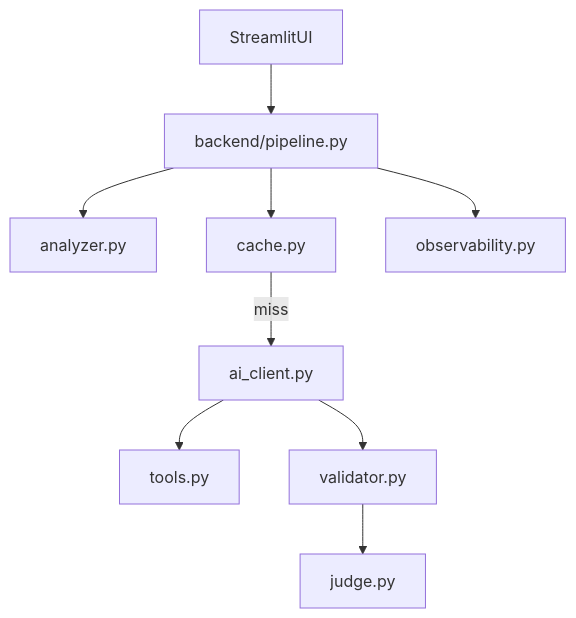
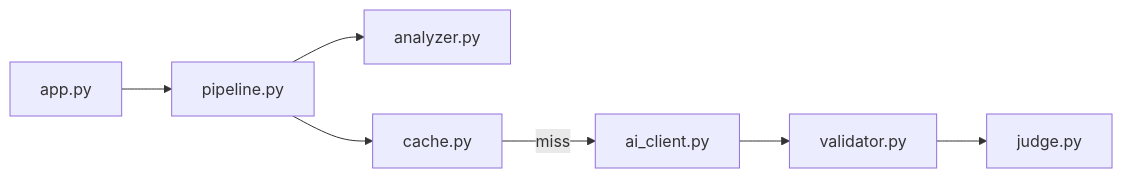
One commit to MuskanKumari2023/smart-log-healer changed the diagram in README.md. Above: the diagram before and after it, drawn with Mermaid. The commit also changed other lines of this file, not shown here.

````diff
--- a/README.md
+++ b/README.md
@@ -37,11 +18,9 @@
 ```mermaid
-flowchart TB
-    UI[StreamlitUI] --> Pipeline[backend/pipeline.py]
+flowchart LR
+    UI[app.py] --> Pipeline[pipeline.py]
     Pipeline --> Analyzer[analyzer.py]
     Pipeline --> Cache[cache.py]
     Cache -->|miss| AI[ai_client.py]
-    AI --> Tools[tools.py]
     AI --> Validator[validator.py]
     Validator --> Judge[judge.py]
-    Pipeline --> Obs[observability.py]
 ```
````
